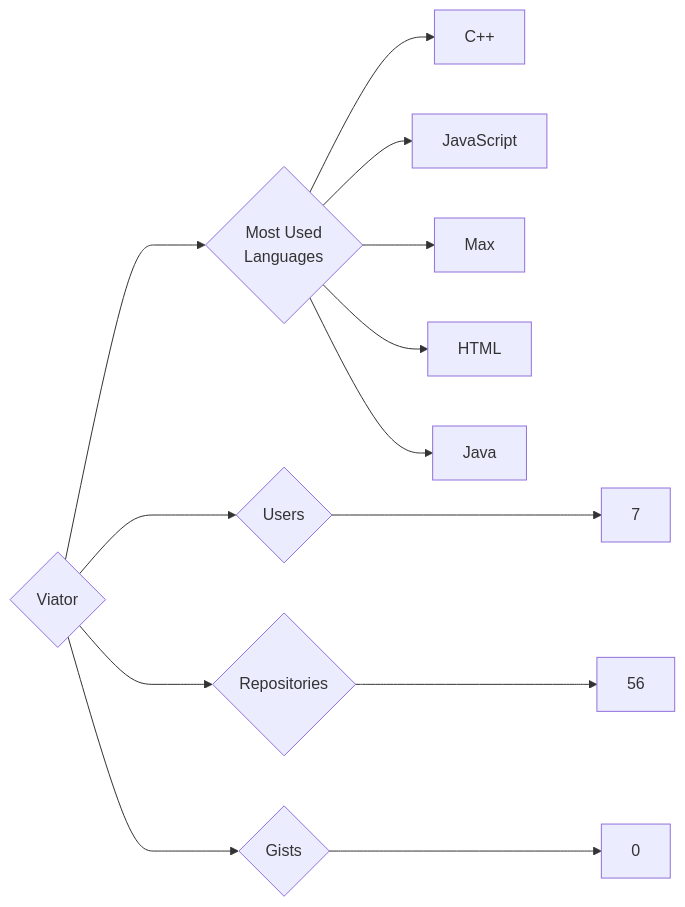
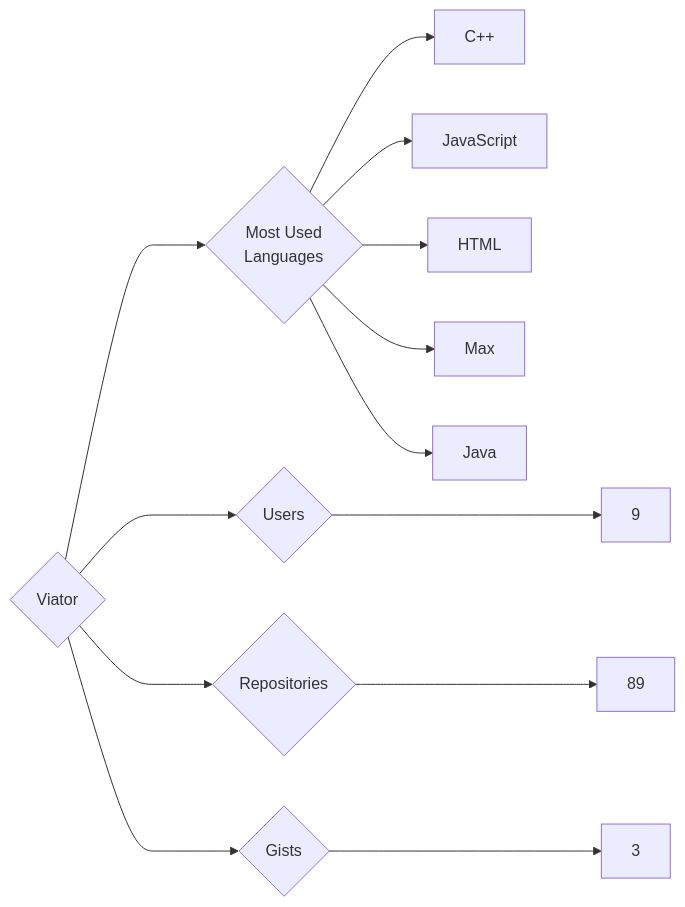
Before and after one commit to trickest/insiders: the diagram in targets/Viator/README.md, drawn with Mermaid. The commit also changed 912 other files, not shown here.

````diff
--- a/targets/Viator/README.md
+++ b/targets/Viator/README.md
@@ -3,13 +3,13 @@
 ```mermaid
 graph LR
 COMPANY_NAME{Viator}
-COMPANY_NAME ---> U{Users} ---> UN[7]
-COMPANY_NAME ---> R{Repositories} ---> RN[56]
-COMPANY_NAME ---> G{Gists} ---> GN[0]
+COMPANY_NAME ---> U{Users} ---> UN[9]
+COMPANY_NAME ---> R{Repositories} ---> RN[89]
+COMPANY_NAME ---> G{Gists} ---> GN[3]
 COMPANY_NAME ---> ML{Most Used<br>Languages}
 ML --> C++[C++]
 ML --> JavaScript[JavaScript]
+ML --> HTML[HTML]
 ML --> Max[Max]
-ML --> HTML[HTML]
 ML --> Java[Java]
 ```
````
